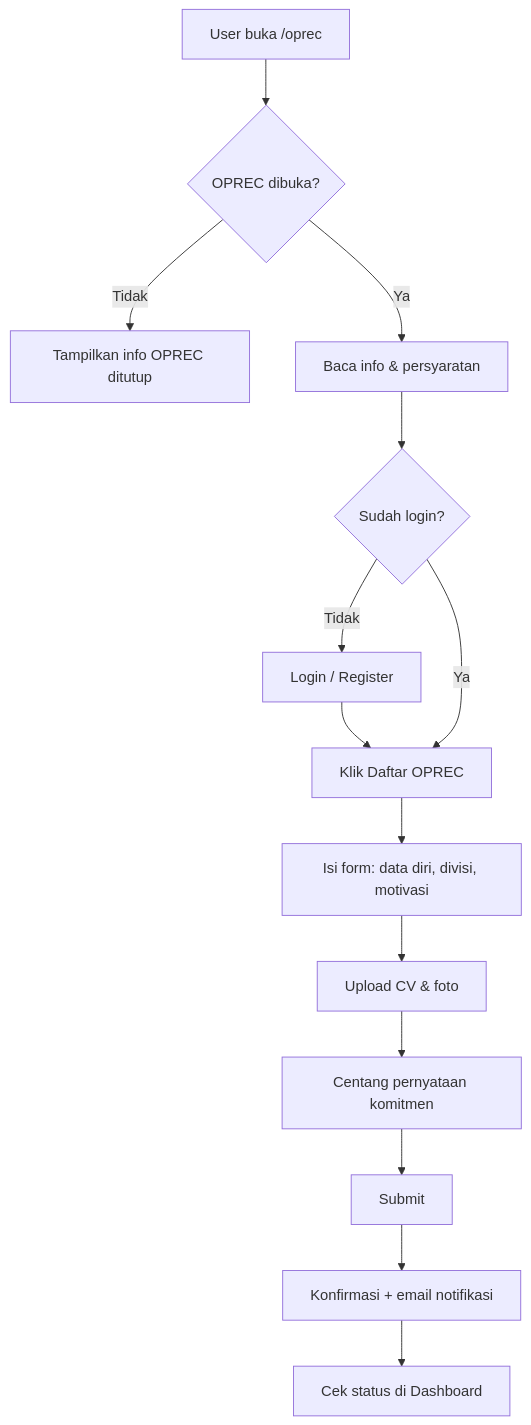
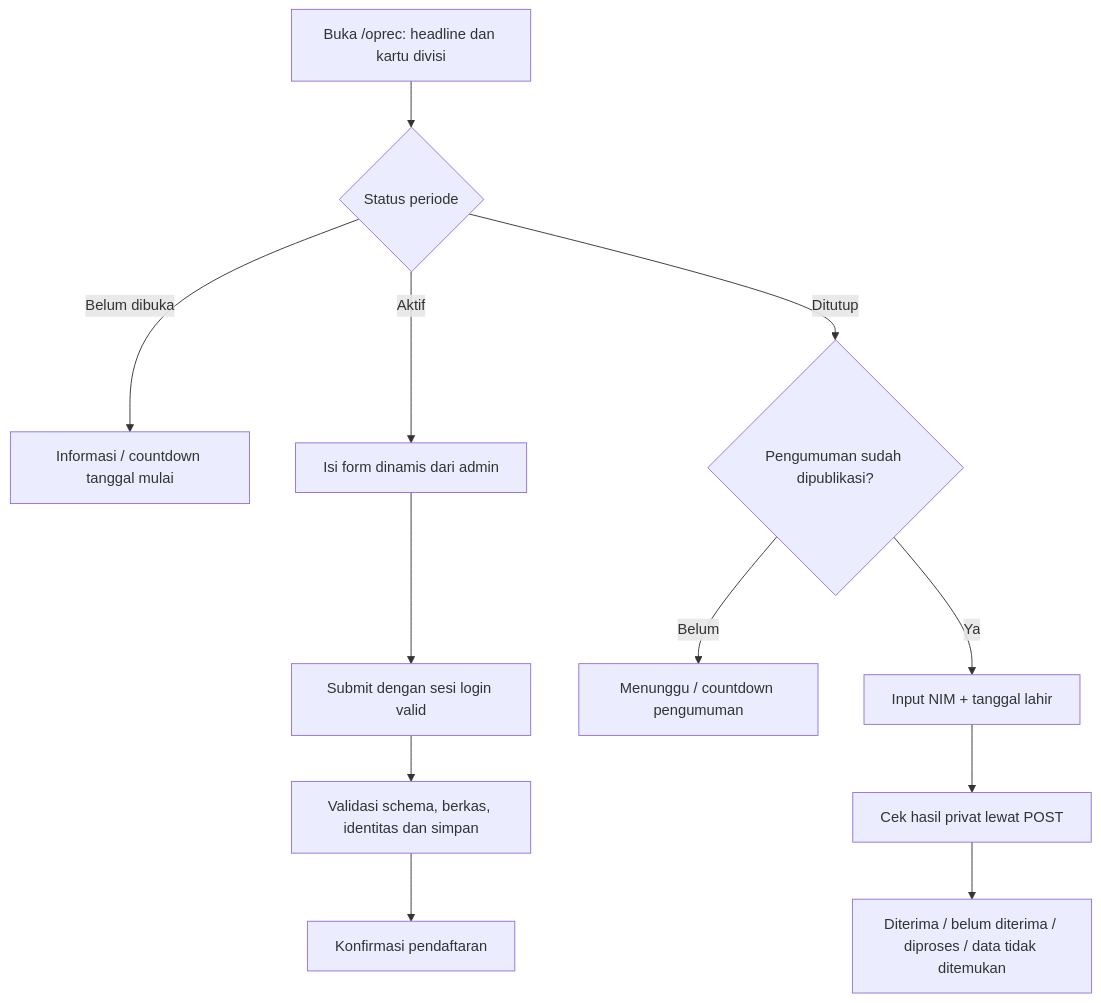
Before and after one commit to krizzn65/SIMANIKA: the fourth of 5 diagrams in PRD.md, drawn with Mermaid. The commit also changed other lines of this file and 903 other files, not shown here.

````diff
--- a/PRD.md
+++ b/PRD.md
@@ -772,16 +783,14 @@
 ```mermaid
 flowchart TD
-    A["User buka /oprec"] --> B{"OPREC dibuka?"}
-    B -- Tidak --> C["Tampilkan info OPREC ditutup"]
-    B -- Ya --> D["Baca info & persyaratan"]
-    D --> E{"Sudah login?"}
-    E -- Tidak --> F["Login / Register"]
-    F --> G["Kembali ke OPREC"]
-    E -- Ya --> G["Klik Daftar OPREC"]
-    G --> H["Isi form: data diri, divisi, motivasi"]
-    H --> I["Upload CV & foto"]
-    I --> J["Centang pernyataan komitmen"]
-    J --> K["Submit"]
-    K --> L["Konfirmasi + email notifikasi"]
-    L --> M["Cek status di Dashboard"]
+    A["Buka /oprec: headline dan kartu divisi"] --> B{"Status periode"}
+    B -- Belum dibuka --> C["Informasi / countdown tanggal mulai"]
+    B -- Aktif --> D["Isi form dinamis dari admin"]
+    D --> E["Submit dengan sesi login valid"]
+    E --> F["Validasi schema, berkas, identitas dan simpan"]
+    F --> G["Konfirmasi pendaftaran"]
+    B -- Ditutup --> H{"Pengumuman sudah dipublikasi?"}
+    H -- Belum --> I["Menunggu / countdown pengumuman"]
+    H -- Ya --> J["Input NIM + tanggal lahir"]
+    J --> K["Cek hasil privat lewat POST"]
+    K --> L["Diterima / belum diterima / diproses / data tidak ditemukan"]
 ```
````
